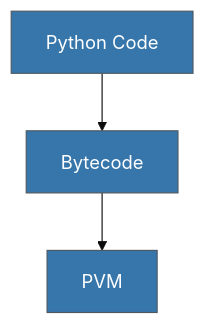
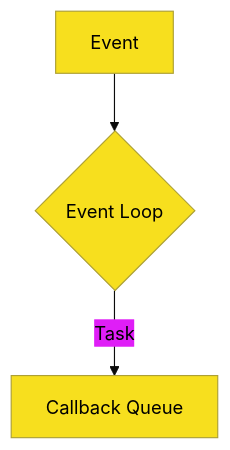
Before and after one commit to syahputrawork98-sketch/Python-Knowledge-Base: the diagram in docs/standards/aesthetic.md, drawn with Mermaid. The commit also changed other lines of this file and 10 other files, not shown here.

````diff
--- a/docs/standards/aesthetic.md
+++ b/docs/standards/aesthetic.md
@@ -12,6 +12,6 @@
 ```mermaid
-%%{init: {'theme': 'base', 'themeVariables': { 'primaryColor': '#3776AB', 'primaryTextColor': '#fff'}}}%%
+%%{init: {'theme': 'base', 'themeVariables': { 'primaryColor': '#F7DF1E', 'primaryTextColor': '#000'}}}%%
 graph TD
-    A[Python Code] --> B[Bytecode]
-    B --> C[PVM]
+    A[Event] --> B{Event Loop}
+    B -->|Task| C[Callback Queue]
 ```
````
